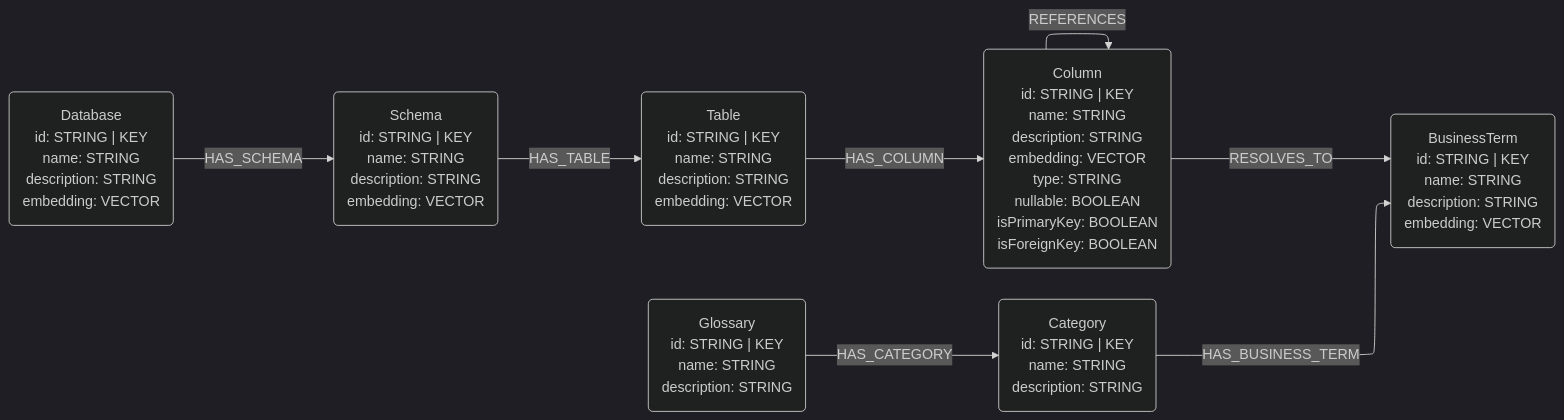
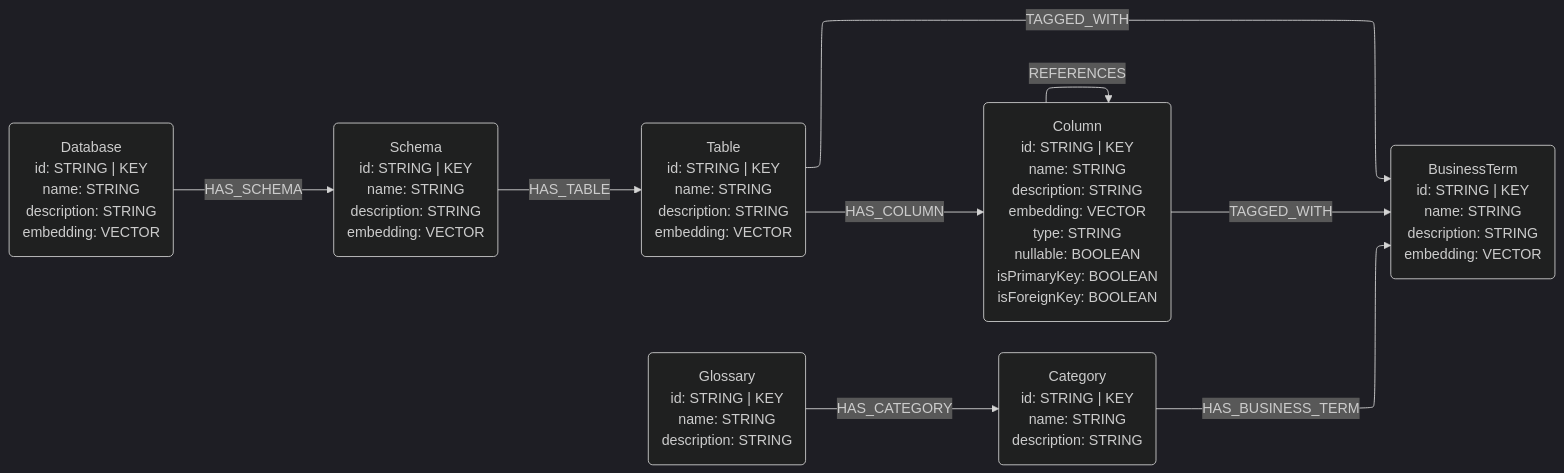
The third of 3 diagrams in neocarta/connectors/dataplex/README.md (neo4j-field/neocarta), drawn with Mermaid (dark theme) before and after one commit. The commit also changed other lines of this file and 17 other files, not shown here.

````diff
--- a/neocarta/connectors/dataplex/README.md
+++ b/neocarta/connectors/dataplex/README.md
@@ -64,30 +66,31 @@
 ```mermaid
 ---
 config:
     layout: elk
 ---
 graph LR
 %% Database Nodes
 Database("Database<br/>id: STRING | KEY<br/>name: STRING<br/>description: STRING<br/>embedding: VECTOR")
 Schema("Schema<br/>id: STRING | KEY<br/>name: STRING<br/>description: STRING<br/>embedding: VECTOR")
 Table("Table<br/>id: STRING | KEY<br/>name: STRING<br/>description: STRING<br/>embedding: VECTOR")
 Column("Column<br/>id: STRING | KEY<br/>name: STRING<br/>description: STRING<br/>embedding: VECTOR<br/>type: STRING<br/>nullable: BOOLEAN<br/>isPrimaryKey: BOOLEAN<br/>isForeignKey: BOOLEAN")
 
 %% Glossary Nodes
 Glossary("Glossary<br/>id: STRING | KEY<br/>name: STRING<br/>description: STRING")
 Category("Category<br/>id: STRING | KEY<br/>name: STRING<br/>description: STRING")
 BusinessTerm("BusinessTerm<br/>id: STRING | KEY<br/>name: STRING<br/>description: STRING<br/>embedding: VECTOR")
 
 %% Database Relationships
 Database -->|HAS_SCHEMA| Schema
 Schema -->|HAS_TABLE| Table
 Table -->|HAS_COLUMN| Column
 Column -->|REFERENCES| Column
 
 %% Glossary Relationships
 Glossary -->|HAS_CATEGORY| Category
 Category -->|HAS_BUSINESS_TERM| BusinessTerm
 
-%% Cross-domain Relationship
-Column -->|RESOLVES_TO| BusinessTerm
+%% Cross-domain Relationships
+Column -->|TAGGED_WITH| BusinessTerm
+Table -->|TAGGED_WITH| BusinessTerm
 ```
````
